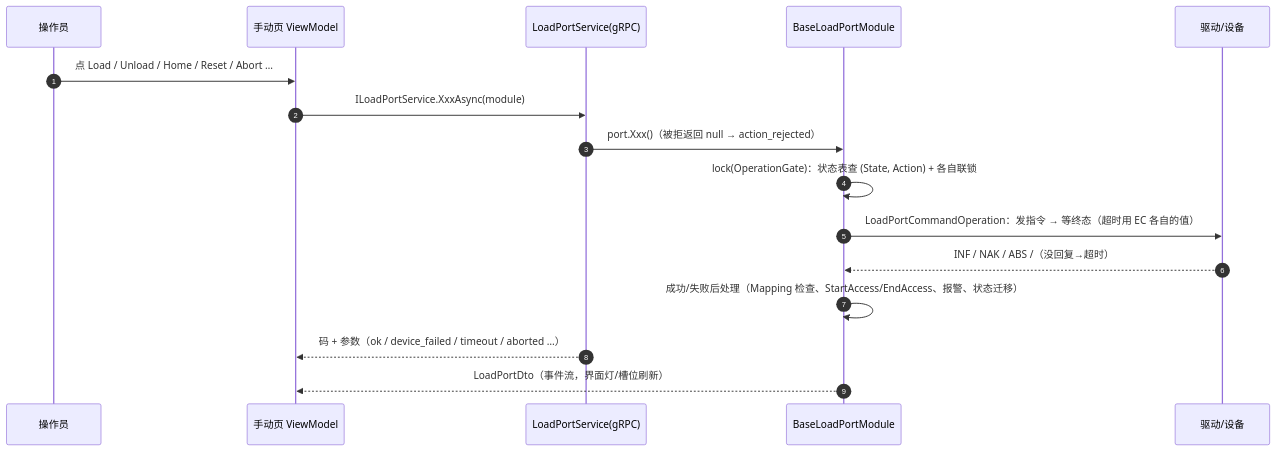
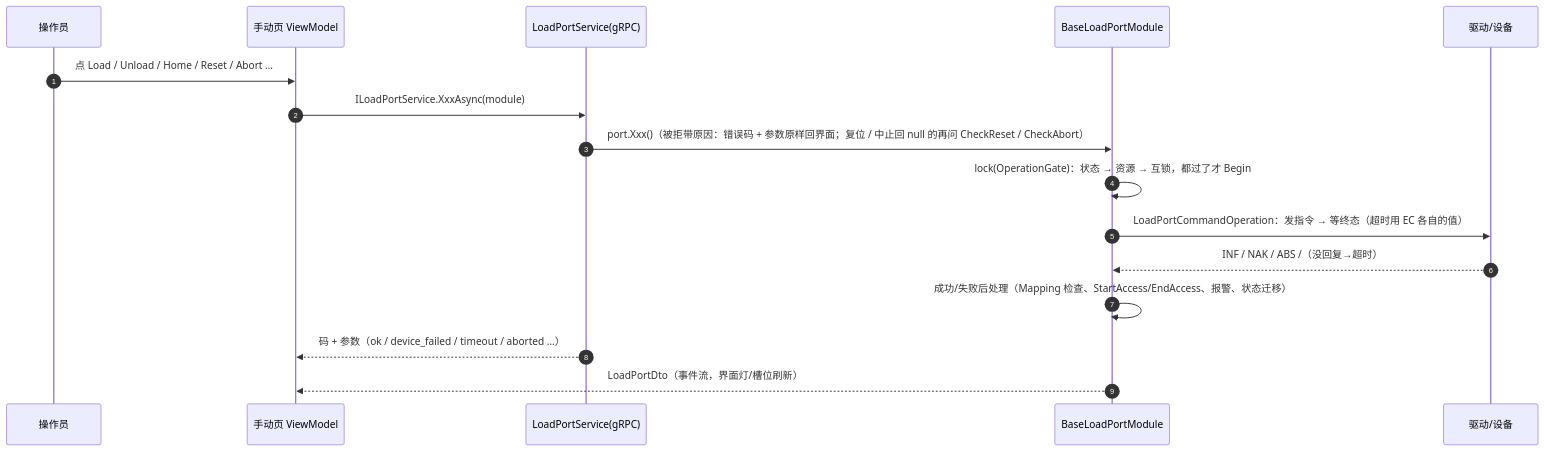
One commit to 18896605194/SemiDevice changed the second of 3 diagrams in doc/LoadPort-流程-手动自动与EAP.md. Above: the diagram before and after it, drawn with Mermaid. The commit also changed other lines of this file and 18 other files, not shown here.

````diff
--- a/doc/LoadPort-流程-手动自动与EAP.md
+++ b/doc/LoadPort-流程-手动自动与EAP.md
@@ -161,18 +161,18 @@
 ```mermaid
 sequenceDiagram
     autonumber
     participant OP as 操作员
     participant VM as 手动页 ViewModel
     participant SVC as LoadPortService(gRPC)
     participant M as BaseLoadPortModule
     participant DRV as 驱动/设备
     OP->>VM: 点 Load / Unload / Home / Reset / Abort …
     VM->>SVC: ILoadPortService.XxxAsync(module)
-    SVC->>M: port.Xxx()（被拒返回 null → action_rejected）
-    M->>M: lock(OperationGate)：状态表查 (State, Action) + 各自联锁
+    SVC->>M: port.Xxx()（被拒带原因：错误码 + 参数原样回界面；复位 / 中止回 null 的再问 CheckReset / CheckAbort）
+    M->>M: lock(OperationGate)：状态 → 资源 → 互锁，都过了才 Begin
     M->>DRV: LoadPortCommandOperation：发指令 → 等终态（超时用 EC 各自的值）
     DRV-->>M: INF / NAK / ABS /（没回复→超时）
     M->>M: 成功/失败后处理（Mapping 检查、StartAccess/EndAccess、报警、状态迁移）
     SVC-->>VM: 码 + 参数（ok / device_failed / timeout / aborted …）
     M-->>VM: LoadPortDto（事件流，界面灯/槽位刷新）
 ```
````
